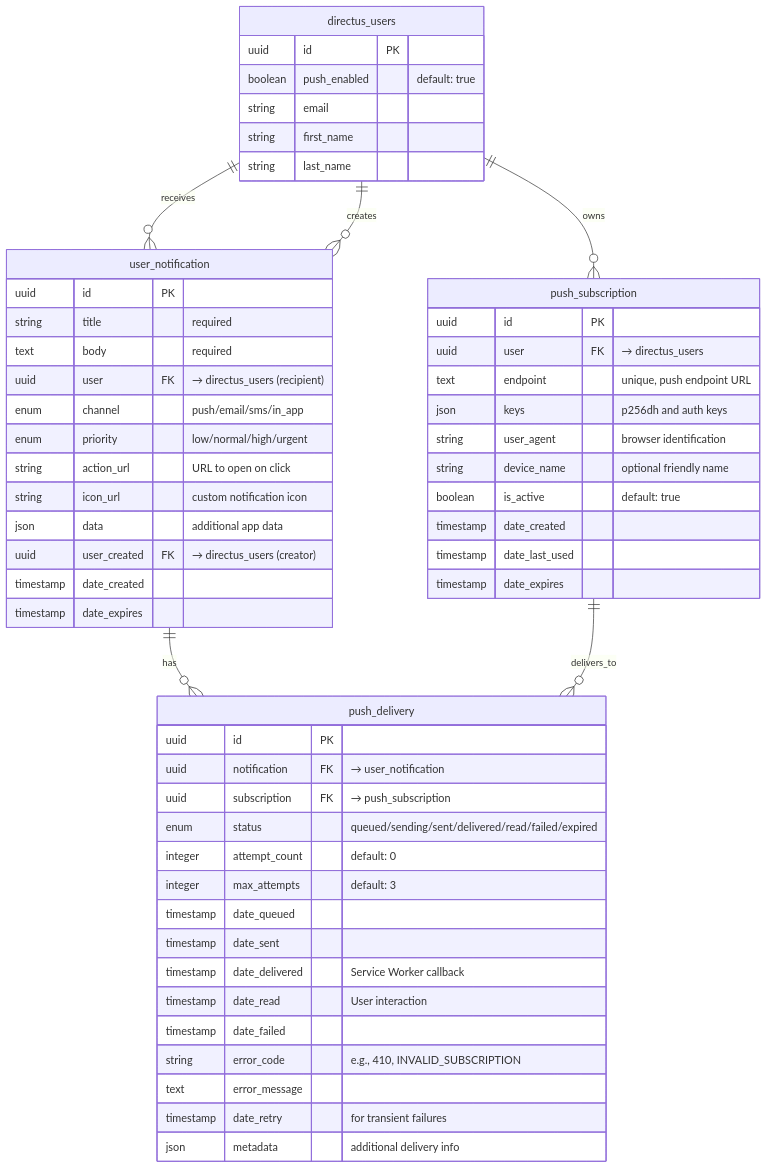
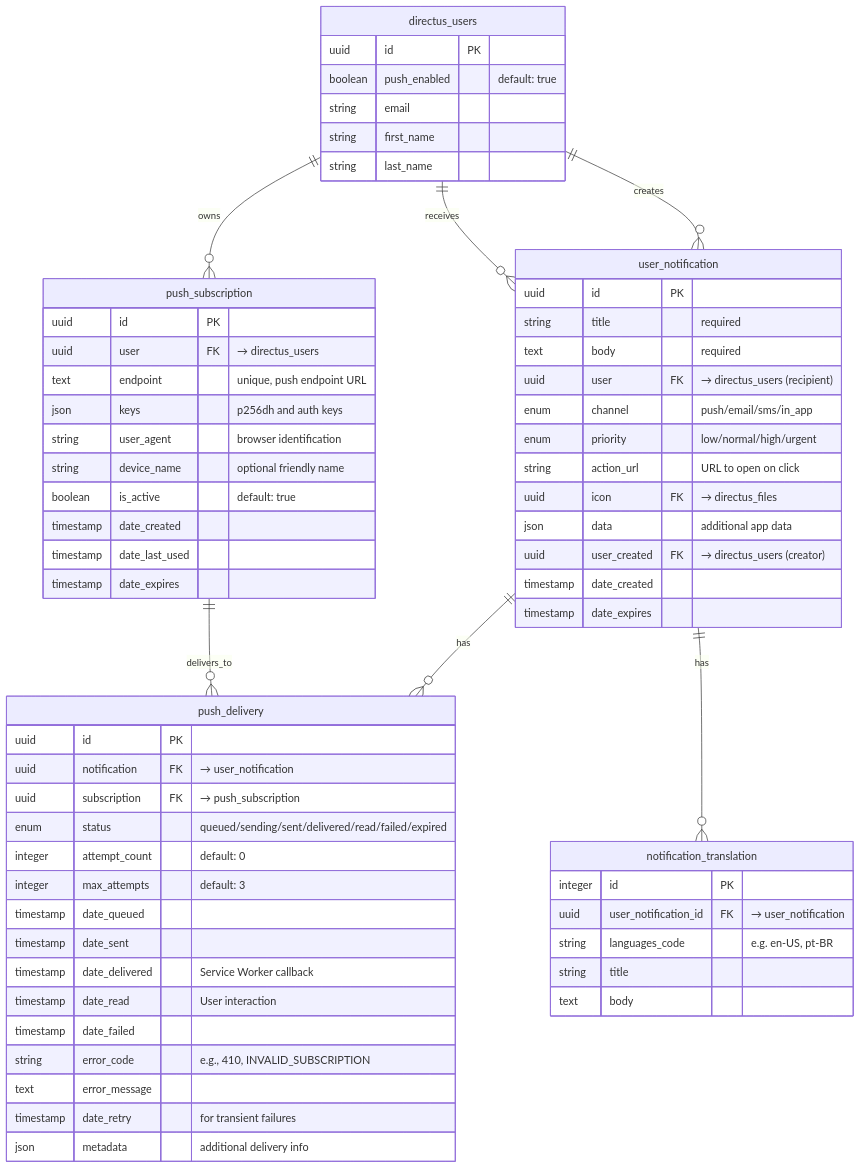
One commit to devix-tecnologia/directus-extension-push-notification changed the diagram in CONTRIBUTING.md. Above: the diagram before and after it, drawn with Mermaid. The commit also changed other lines of this file and 1 other file, not shown here.

First line of the commit message:
docs: add notification creation examples and update schema docs

````diff
--- a/CONTRIBUTING.md
+++ b/CONTRIBUTING.md
@@ -400,62 +400,72 @@
 ```mermaid
 erDiagram
     directus_users ||--o{ push_subscription : "owns"
     directus_users ||--o{ user_notification : "receives"
     directus_users ||--o{ user_notification : "creates"
     user_notification ||--o{ push_delivery : "has"
     push_subscription ||--o{ push_delivery : "delivers_to"
 
     directus_users {
         uuid id PK
         boolean push_enabled "default: true"
         string email
         string first_name
         string last_name
     }
 
     push_subscription {
         uuid id PK
         uuid user FK "→ directus_users"
         text endpoint "unique, push endpoint URL"
         json keys "p256dh and auth keys"
         string user_agent "browser identification"
         string device_name "optional friendly name"
         boolean is_active "default: true"
         timestamp date_created
         timestamp date_last_used
         timestamp date_expires
     }
 
     user_notification {
         uuid id PK
         string title "required"
         text body "required"
         uuid user FK "→ directus_users (recipient)"
         enum channel "push/email/sms/in_app"
         enum priority "low/normal/high/urgent"
         string action_url "URL to open on click"
-        string icon_url "custom notification icon"
+        uuid icon FK "→ directus_files"
         json data "additional app data"
         uuid user_created FK "→ directus_users (creator)"
         timestamp date_created
         timestamp date_expires
+    }
+
+    user_notification ||--o{ notification_translation : "has"
+
+    notification_translation {
+        integer id PK
+        uuid user_notification_id FK "→ user_notification"
+        string languages_code "e.g. en-US, pt-BR"
+        string title
+        text body
     }
 
     push_delivery {
         uuid id PK
         uuid notification FK "→ user_notification"
         uuid subscription FK "→ push_subscription"
         enum status "queued/sending/sent/delivered/read/failed/expired"
         integer attempt_count "default: 0"
         integer max_attempts "default: 3"
         timestamp date_queued
         timestamp date_sent
         timestamp date_delivered "Service Worker callback"
         timestamp date_read "User interaction"
         timestamp date_failed
         string error_code "e.g., 410, INVALID_SUBSCRIPTION"
         text error_message
         timestamp date_retry "for transient failures"
         json metadata "additional delivery info"
     }
 ```
````
